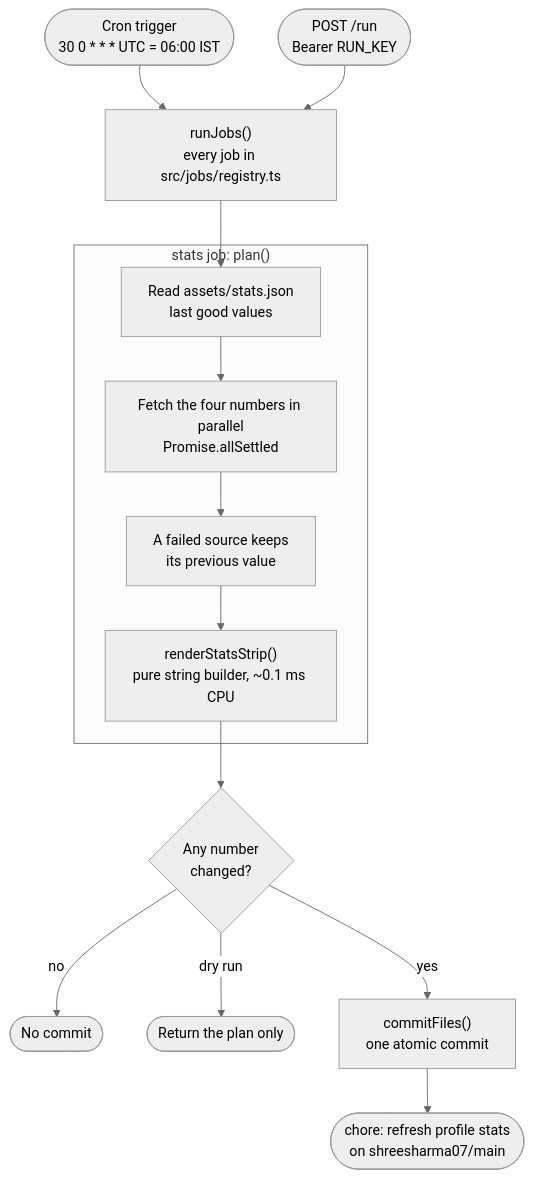
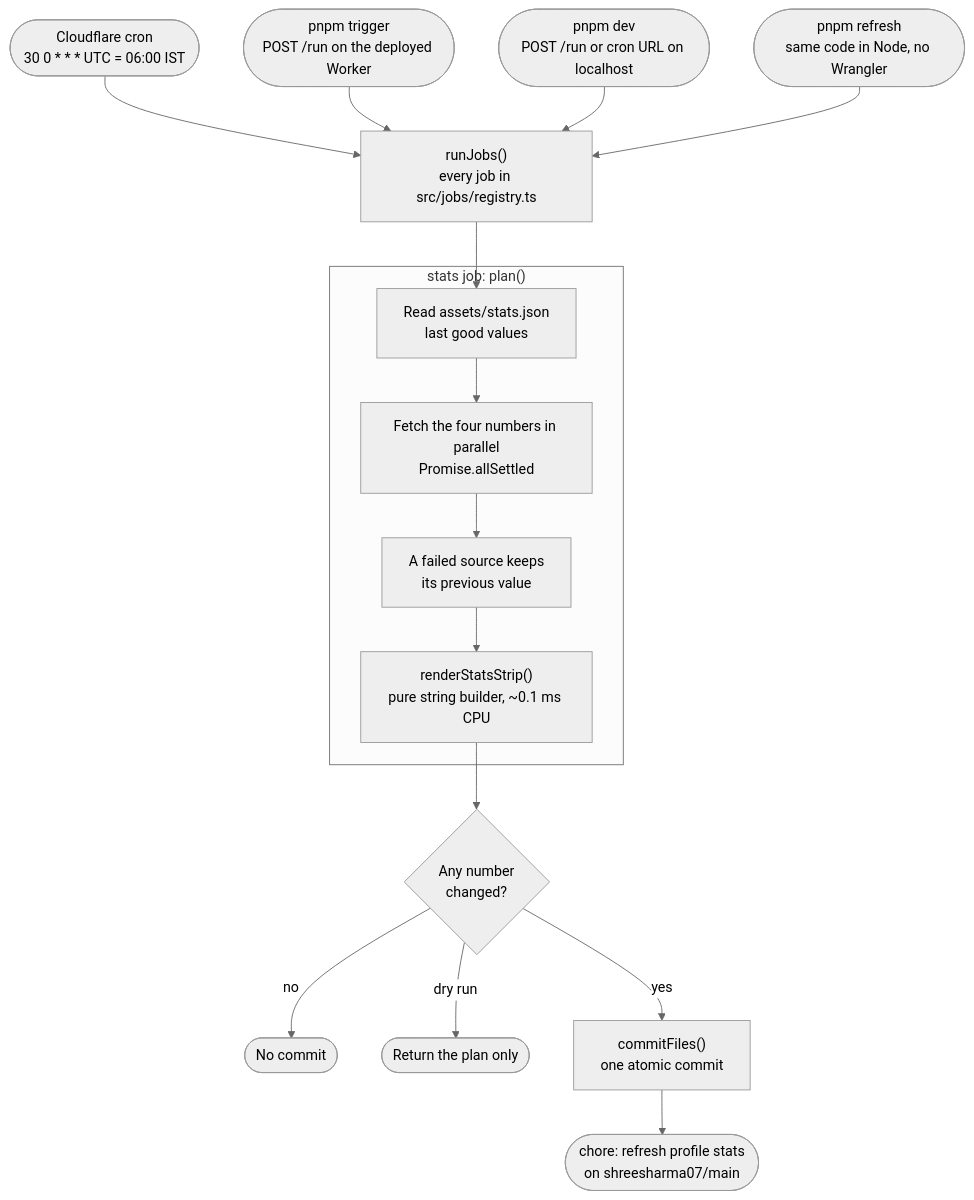
The first of 6 diagrams in README.md (shreesharma07/gh-profile-worker), drawn with Mermaid (neutral theme) before and after one commit. The commit also changed other lines of this file and 1 other file, not shown here.

````diff
--- a/README.md
+++ b/README.md
@@ -52,19 +52,21 @@
 ```mermaid
 flowchart TD
-    cron(["Cron trigger<br>30 0 * * * UTC = 06:00 IST"]) --> runner
-    manual(["POST /run<br>Bearer RUN_KEY"]) --> runner
+    cron(["Cloudflare cron<br>30 0 * * * UTC = 06:00 IST"]) --> runner
+    trigger(["pnpm trigger<br>POST /run on the deployed Worker"]) --> runner
+    dev(["pnpm dev<br>POST /run or cron URL on localhost"]) --> runner
+    local(["pnpm refresh<br>same code in Node, no Wrangler"]) --> runner
     runner["runJobs()<br>every job in src/jobs/registry.ts"] --> read
 
     subgraph job["stats job: plan()"]
         read["Read assets/stats.json<br>last good values"] --> fetch
         fetch["Fetch the four numbers in parallel<br>Promise.allSettled"] --> fallback
         fallback["A failed source keeps<br>its previous value"] --> render
         render["renderStatsStrip()<br>pure string builder, ~0.1 ms CPU"]
     end
 
     render --> changed{"Any number<br>changed?"}
     changed -- "no" --> skip(["No commit"])
     changed -- "dry run" --> dry(["Return the plan only"])
     changed -- "yes" --> commit["commitFiles()<br>one atomic commit"]
     commit --> done(["chore: refresh profile stats<br>on shreesharma07/main"])
 ```
````
